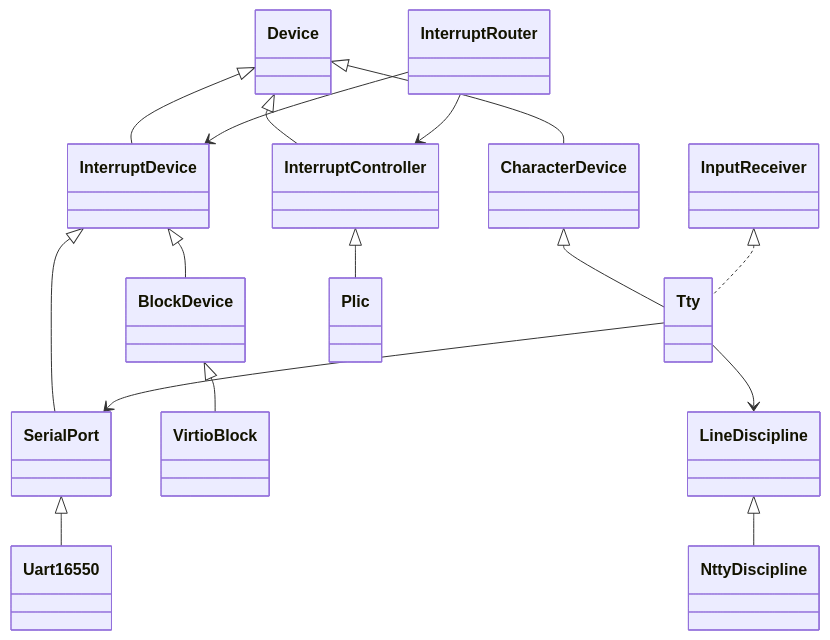
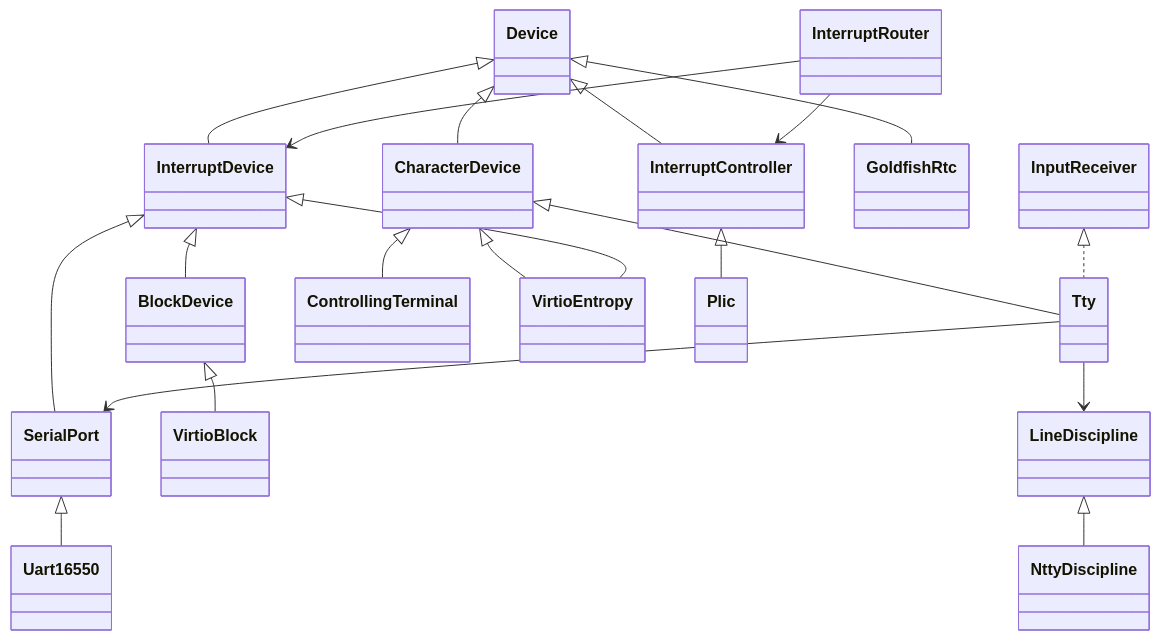
One commit to barrenham/xv6-cpp changed the diagram in kernel/drivers/README.md. Above: the diagram before and after it, drawn with Mermaid. The commit also changed other lines of this file and 264 other files, not shown here.

````diff
--- a/kernel/drivers/README.md
+++ b/kernel/drivers/README.md
@@ -6,18 +6,22 @@
 ```mermaid
 classDiagram
   Device <|-- InterruptDevice
   Device <|-- CharacterDevice
   Device <|-- InterruptController
   InterruptDevice <|-- SerialPort
   InterruptDevice <|-- BlockDevice
   SerialPort <|-- Uart16550
   BlockDevice <|-- VirtioBlock
   CharacterDevice <|-- Tty
+  CharacterDevice <|-- ControllingTerminal
+  CharacterDevice <|-- VirtioEntropy
+  InterruptDevice <|-- VirtioEntropy
+  Device <|-- GoldfishRtc
   InterruptController <|-- Plic
   InputReceiver <|.. Tty
   Tty --> SerialPort
   Tty --> LineDiscipline
   LineDiscipline <|-- NttyDiscipline
   InterruptRouter --> InterruptController
   InterruptRouter --> InterruptDevice
 ```
````
